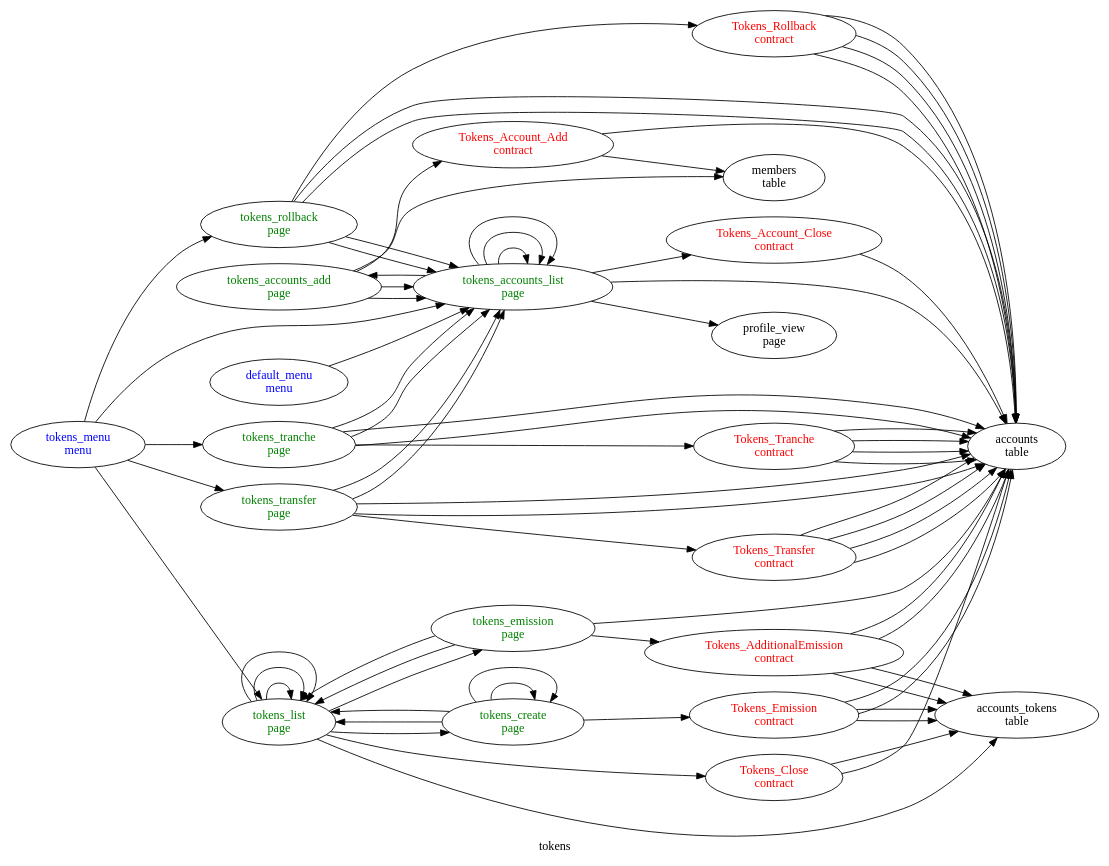
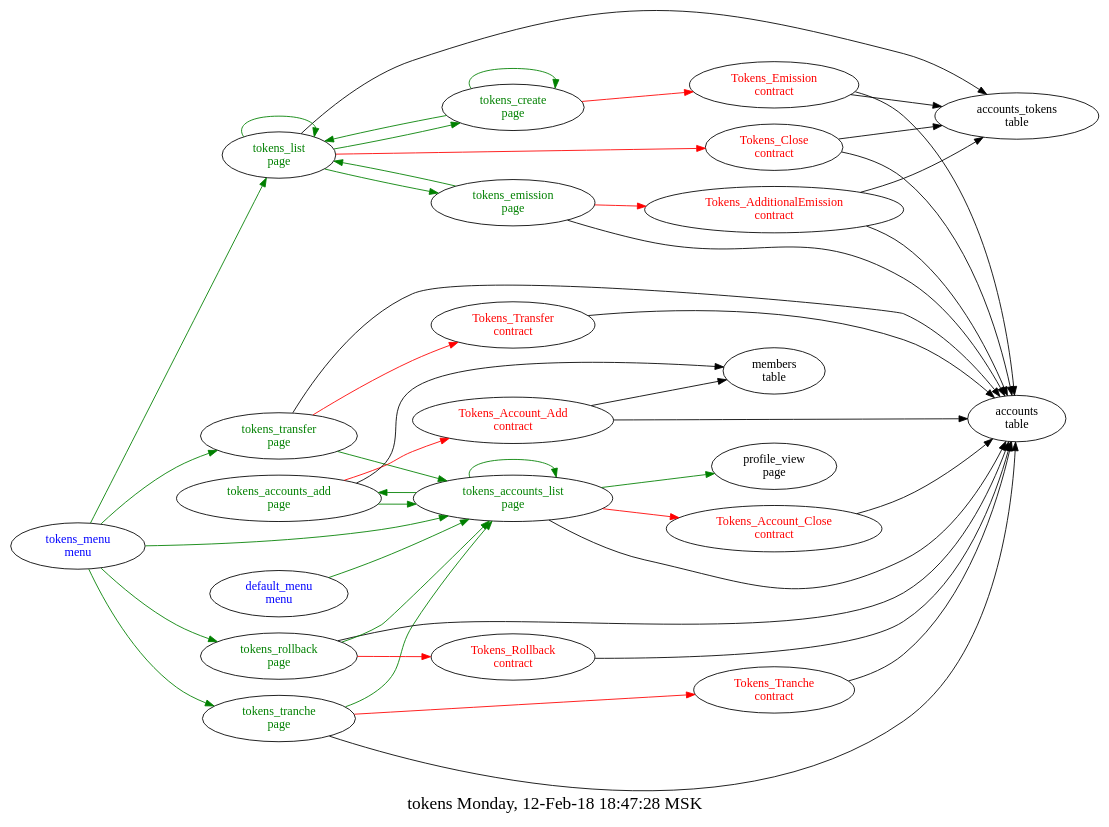
The diagram in src/tokens/struct.dot (AplaProject/apps), drawn with Graphviz before and after one commit.

```diff
--- a/src/tokens/struct.dot
+++ b/src/tokens/struct.dot
@@ -1,97 +1,71 @@
 digraph G {
-label=tokens;
+fontsize="20.0";
+label="tokens Monday, 12-Feb-18 18:47:28 MSK";
 rankdir=LR;
 "Tokens_Account_Add\ncontract" -> "members\ntable"
 "Tokens_Account_Add\ncontract" -> "accounts\ntable"
 "Tokens_Account_Add\ncontract" [fontcolor=red, group=contracts];
 "Tokens_Account_Close\ncontract" -> "accounts\ntable"
 "Tokens_Account_Close\ncontract" [fontcolor=red, group=contracts];
 "Tokens_AdditionalEmission\ncontract" -> "accounts_tokens\ntable"
 "Tokens_AdditionalEmission\ncontract" -> "accounts\ntable"
-"Tokens_AdditionalEmission\ncontract" -> "accounts_tokens\ntable"
-"Tokens_AdditionalEmission\ncontract" -> "accounts\ntable"
 "Tokens_AdditionalEmission\ncontract" [fontcolor=red, group=contracts];
 "Tokens_Close\ncontract" -> "accounts\ntable"
 "Tokens_Close\ncontract" -> "accounts_tokens\ntable"
 "Tokens_Close\ncontract" [fontcolor=red, group=contracts];
 "Tokens_Emission\ncontract" -> "accounts_tokens\ntable"
-"Tokens_Emission\ncontract" -> "accounts_tokens\ntable"
-"Tokens_Emission\ncontract" -> "accounts\ntable"
 "Tokens_Emission\ncontract" -> "accounts\ntable"
 "Tokens_Emission\ncontract" [fontcolor=red, group=contracts];
 "Tokens_Rollback\ncontract" -> "accounts\ntable"
-"Tokens_Rollback\ncontract" -> "accounts\ntable"
-"Tokens_Rollback\ncontract" -> "accounts\ntable"
-"Tokens_Rollback\ncontract" -> "accounts\ntable"
 "Tokens_Rollback\ncontract" [fontcolor=red, group=contracts];
-"Tokens_Tranche\ncontract" -> "accounts\ntable"
-"Tokens_Tranche\ncontract" -> "accounts\ntable"
-"Tokens_Tranche\ncontract" -> "accounts\ntable"
 "Tokens_Tranche\ncontract" -> "accounts\ntable"
 "Tokens_Tranche\ncontract" [fontcolor=red, group=contracts];
 "Tokens_Transfer\ncontract" -> "accounts\ntable"
-"Tokens_Transfer\ncontract" -> "accounts\ntable"
-"Tokens_Transfer\ncontract" -> "accounts\ntable"
-"Tokens_Transfer\ncontract" -> "accounts\ntable"
 "Tokens_Transfer\ncontract" [fontcolor=red, group=contracts];
-"default_menu\nmenu" -> "tokens_accounts_list\npage"
+"default_menu\nmenu" -> "tokens_accounts_list\npage"  [ color=green ]
 "default_menu\nmenu" [fontcolor=blue, group=menus];
-"tokens_menu\nmenu" -> "tokens_accounts_list\npage"
-"tokens_menu\nmenu" -> "tokens_list\npage"
-"tokens_menu\nmenu" -> "tokens_tranche\npage"
-"tokens_menu\nmenu" -> "tokens_transfer\npage"
-"tokens_menu\nmenu" -> "tokens_rollback\npage"
+"tokens_menu\nmenu" -> "tokens_accounts_list\npage"  [ color=green ]
+"tokens_menu\nmenu" -> "tokens_list\npage"  [ color=green ]
+"tokens_menu\nmenu" -> "tokens_tranche\npage"  [ color=green ]
+"tokens_menu\nmenu" -> "tokens_transfer\npage"  [ color=green ]
+"tokens_menu\nmenu" -> "tokens_rollback\npage"  [ color=green ]
 "tokens_menu\nmenu" [fontcolor=blue, group=menus];
-"tokens_accounts_add\npage" -> "Tokens_Account_Add\ncontract"
+"tokens_accounts_add\npage" -> "Tokens_Account_Add\ncontract"  [ color=red ]
 "tokens_accounts_add\npage" -> "members\ntable"
-"tokens_accounts_add\npage" -> "tokens_accounts_list\npage"
-"tokens_accounts_add\npage" -> "tokens_accounts_list\npage"
+"tokens_accounts_add\npage" -> "tokens_accounts_list\npage"  [ color=green ]
 "tokens_accounts_add\npage" [fontcolor=green, group=pages];
-"tokens_accounts_list\npage" -> "Tokens_Account_Close\ncontract"
+"tokens_accounts_list\npage" -> "Tokens_Account_Close\ncontract"  [ color=red ]
 "tokens_accounts_list\npage" -> "accounts\ntable"
-"tokens_accounts_list\npage" -> "profile_view\npage"
-"tokens_accounts_list\npage" -> "tokens_accounts_list\npage"
-"tokens_accounts_list\npage" -> "tokens_accounts_list\npage"
-"tokens_accounts_list\npage" -> "tokens_accounts_list\npage"
-"tokens_accounts_list\npage" -> "tokens_accounts_add\npage"
+"tokens_accounts_list\npage" -> "profile_view\npage"  [ color=green ]
+"tokens_accounts_list\npage" -> "tokens_accounts_list\npage"  [ color=green ]
+"tokens_accounts_list\npage" -> "tokens_accounts_add\npage"  [ color=green ]
 "tokens_accounts_list\npage" [fontcolor=green, group=pages];
-"tokens_create\npage" -> "Tokens_Emission\ncontract"
-"tokens_create\npage" -> "tokens_create\npage"
-"tokens_create\npage" -> "tokens_create\npage"
-"tokens_create\npage" -> "tokens_list\npage"
-"tokens_create\npage" -> "tokens_list\npage"
+"tokens_create\npage" -> "Tokens_Emission\ncontract"  [ color=red ]
+"tokens_create\npage" -> "tokens_create\npage"  [ color=green ]
+"tokens_create\npage" -> "tokens_list\npage"  [ color=green ]
 "tokens_create\npage" [fontcolor=green, group=pages];
-"tokens_emission\npage" -> "Tokens_AdditionalEmission\ncontract"
+"tokens_emission\npage" -> "Tokens_AdditionalEmission\ncontract"  [ color=red ]
 "tokens_emission\npage" -> "accounts\ntable"
-"tokens_emission\npage" -> "tokens_list\npage"
-"tokens_emission\npage" -> "tokens_list\npage"
+"tokens_emission\npage" -> "tokens_list\npage"  [ color=green ]
 "tokens_emission\npage" [fontcolor=green, group=pages];
-"tokens_list\npage" -> "Tokens_Close\ncontract"
+"tokens_list\npage" -> "Tokens_Close\ncontract"  [ color=red ]
 "tokens_list\npage" -> "accounts_tokens\ntable"
-"tokens_list\npage" -> "tokens_emission\npage"
-"tokens_list\npage" -> "tokens_list\npage"
-"tokens_list\npage" -> "tokens_list\npage"
-"tokens_list\npage" -> "tokens_list\npage"
-"tokens_list\npage" -> "tokens_create\npage"
+"tokens_list\npage" -> "tokens_emission\npage"  [ color=green ]
+"tokens_list\npage" -> "tokens_list\npage"  [ color=green ]
+"tokens_list\npage" -> "tokens_create\npage"  [ color=green ]
 "tokens_list\npage" [fontcolor=green, group=pages];
-"tokens_rollback\npage" -> "Tokens_Rollback\ncontract"
+"tokens_rollback\npage" -> "Tokens_Rollback\ncontract"  [ color=red ]
 "tokens_rollback\npage" -> "accounts\ntable"
-"tokens_rollback\npage" -> "accounts\ntable"
-"tokens_rollback\npage" -> "tokens_accounts_list\npage"
-"tokens_rollback\npage" -> "tokens_accounts_list\npage"
+"tokens_rollback\npage" -> "tokens_accounts_list\npage"  [ color=green ]
 "tokens_rollback\npage" [fontcolor=green, group=pages];
-"tokens_tranche\npage" -> "Tokens_Tranche\ncontract"
+"tokens_tranche\npage" -> "Tokens_Tranche\ncontract"  [ color=red ]
 "tokens_tranche\npage" -> "accounts\ntable"
-"tokens_tranche\npage" -> "accounts\ntable"
-"tokens_tranche\npage" -> "tokens_accounts_list\npage"
-"tokens_tranche\npage" -> "tokens_accounts_list\npage"
+"tokens_tranche\npage" -> "tokens_accounts_list\npage"  [ color=green ]
 "tokens_tranche\npage" [fontcolor=green, group=pages];
-"tokens_transfer\npage" -> "Tokens_Transfer\ncontract"
+"tokens_transfer\npage" -> "Tokens_Transfer\ncontract"  [ color=red ]
 "tokens_transfer\npage" -> "accounts\ntable"
-"tokens_transfer\npage" -> "accounts\ntable"
-"tokens_transfer\npage" -> "tokens_accounts_list\npage"
-"tokens_transfer\npage" -> "tokens_accounts_list\npage"
+"tokens_transfer\npage" -> "tokens_accounts_list\npage"  [ color=green ]
 "tokens_transfer\npage" [fontcolor=green, group=pages];
 "accounts\ntable" [group=tables];
 "accounts_tokens\ntable" [group=tables];
 }
```
